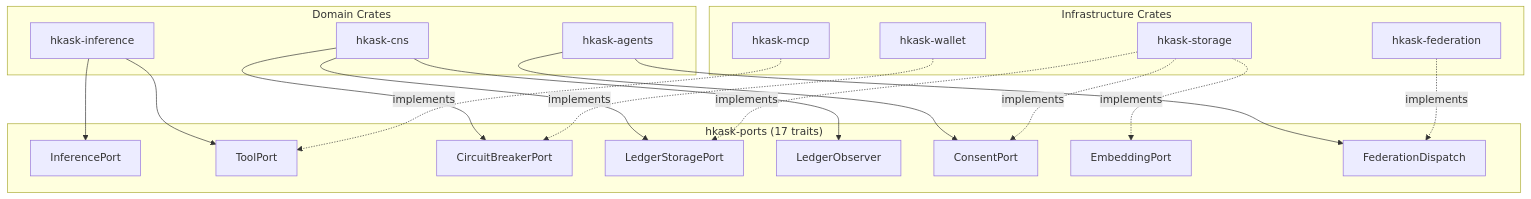
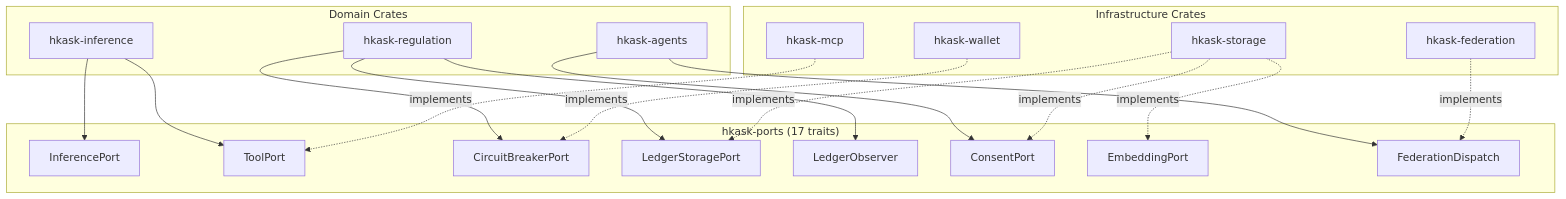
The first of 15 diagrams in docs/explanation/architecture-patterns.md (mdz-axo/hKask), drawn with Mermaid before and after one commit. The commit also changed other lines of this file and 68 other files, not shown here.

First line of the commit message:
Rename CNS to Regulation across docs

````diff
--- a/docs/explanation/architecture-patterns.md
+++ b/docs/explanation/architecture-patterns.md
@@ -62,41 +62,41 @@
 ```mermaid
 flowchart TD
     subgraph "Domain Crates"
-        CNS["hkask-cns"]
+        Regulation["hkask-regulation"]
         AGENTS["hkask-agents"]
         INFER["hkask-inference"]
     end
 
     subgraph "hkask-ports (17 traits)"
         IP["InferencePort"]
         TP["ToolPort"]
         CBP["CircuitBreakerPort"]
         CSP["LedgerStoragePort"]
         CNO["LedgerObserver"]
         CP["ConsentPort"]
         EP["EmbeddingPort"]
         FD["FederationDispatch"]
     end
 
     subgraph "Infrastructure Crates"
         STORE["hkask-storage"]
         MCP["hkask-mcp"]
         FED["hkask-federation"]
         WALLET["hkask-wallet"]
     end
 
-    CNS --> CBP
-    CNS --> CSP
-    CNS --> CNO
+    Regulation --> CBP
+    Regulation --> CSP
+    Regulation --> CNO
     AGENTS --> CP
     AGENTS --> FD
     INFER --> IP
     INFER --> TP
 
     STORE -.implements.-> EP
     STORE -.implements.-> CSP
     STORE -.implements.-> CP
     MCP -.implements.-> TP
     FED -.implements.-> FD
     WALLET -.implements.-> CBP
 ```
````
